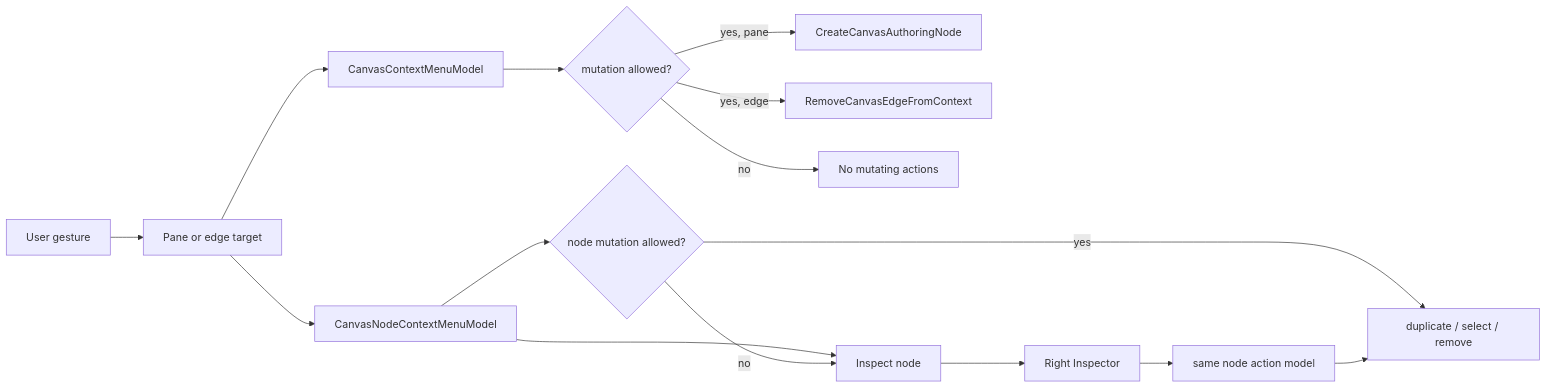
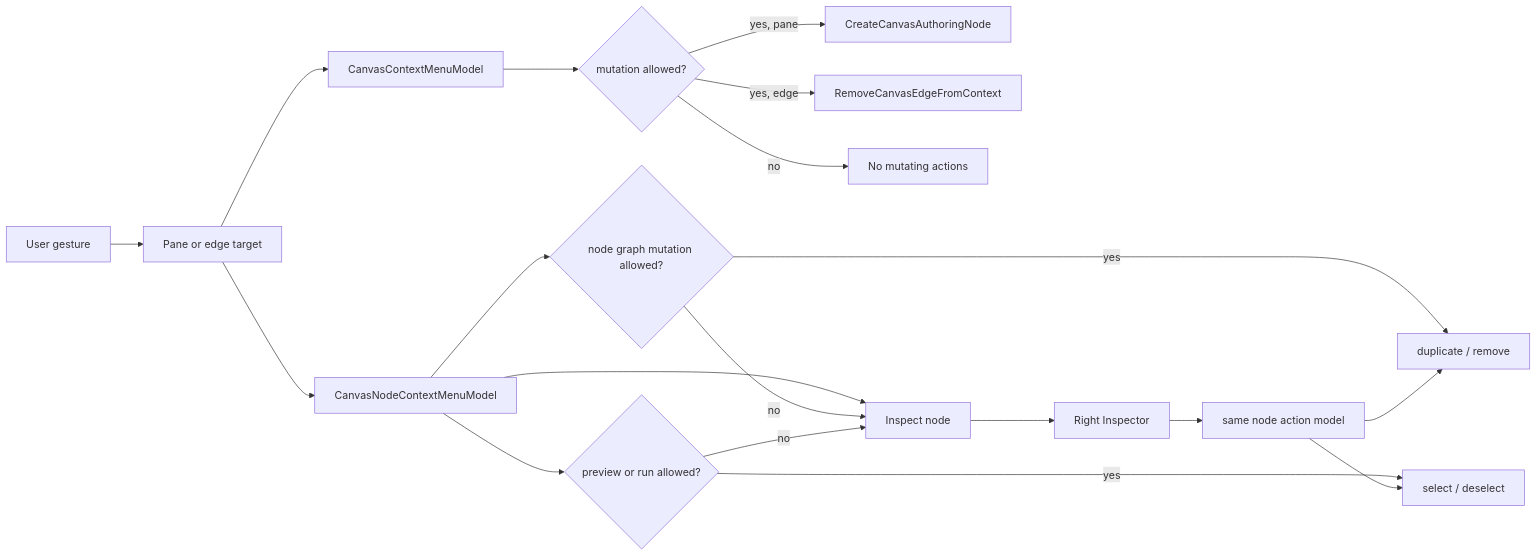
The diagram in docs/architecture/components/web/graph/canvas-interaction-command-surface-user-stories.md (dunay2/dvt), drawn with Mermaid before and after one commit. The commit also changed other lines of this file and 9 other files, not shown here.

Commit message:
fix(web): Keep execution selection available without graph edit rights

````diff
--- a/docs/architecture/components/web/graph/canvas-interaction-command-surface-user-stories.md
+++ b/docs/architecture/components/web/graph/canvas-interaction-command-surface-user-stories.md
@@ -72,17 +74,21 @@
 ```mermaid
 flowchart LR
   User["User gesture"] --> Target["Pane or edge target"]
   Target --> Model["CanvasContextMenuModel"]
   Target --> NodeModel["CanvasNodeContextMenuModel"]
   Model --> Allowed{"mutation allowed?"}
   Allowed -->|yes, pane| Create["CreateCanvasAuthoringNode"]
   Allowed -->|yes, edge| Remove["RemoveCanvasEdgeFromContext"]
   Allowed -->|no| Empty["No mutating actions"]
   NodeModel --> Inspect["Inspect node"]
-  NodeModel --> NodeAllowed{"node mutation allowed?"}
-  NodeAllowed -->|yes| NodeActions["duplicate / select / remove"]
-  NodeAllowed -->|no| Inspect
+  NodeModel --> NodeMutationAllowed{"node graph mutation allowed?"}
+  NodeMutationAllowed -->|yes| NodeGraphActions["duplicate / remove"]
+  NodeModel --> ExecutionAllowed{"preview or run allowed?"}
+  ExecutionAllowed -->|yes| SelectAction["select / deselect"]
+  NodeMutationAllowed -->|no| Inspect
+  ExecutionAllowed -->|no| Inspect
   Inspect --> Inspector["Right Inspector"]
   Inspector --> PanelActions["same node action model"]
-  PanelActions --> NodeActions
+  PanelActions --> NodeGraphActions
+  PanelActions --> SelectAction
 ```
````
